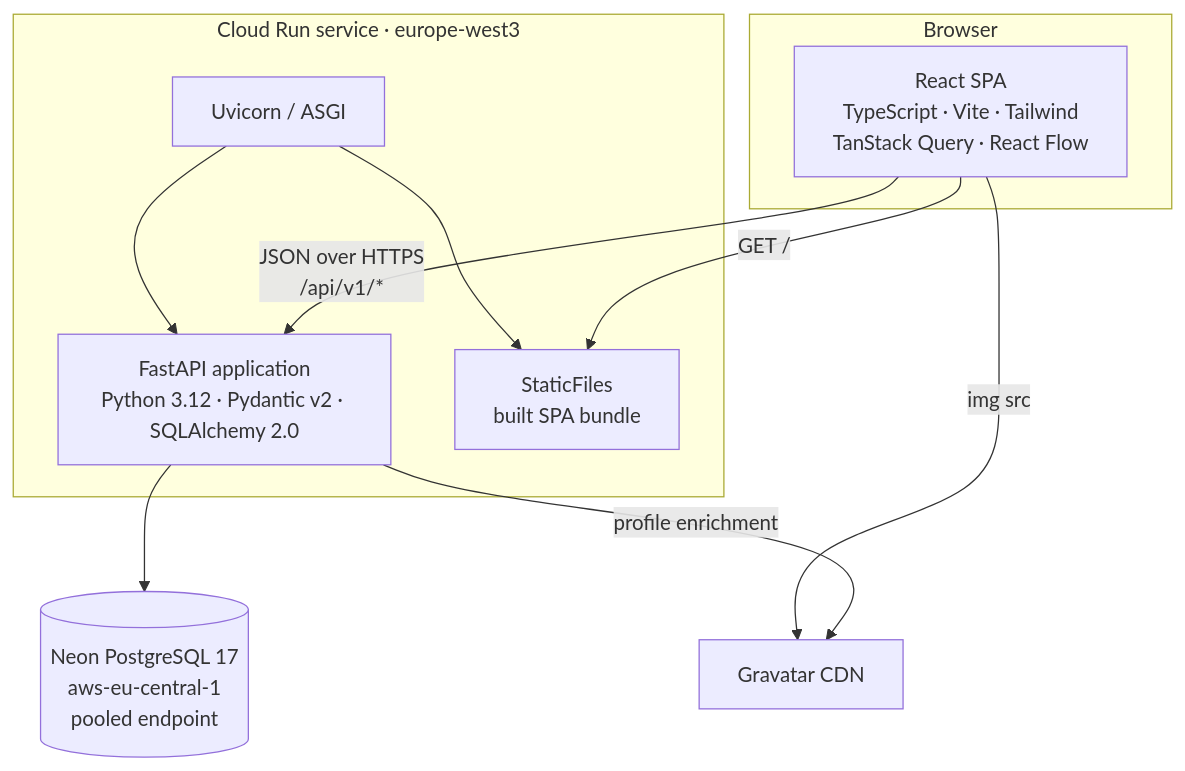
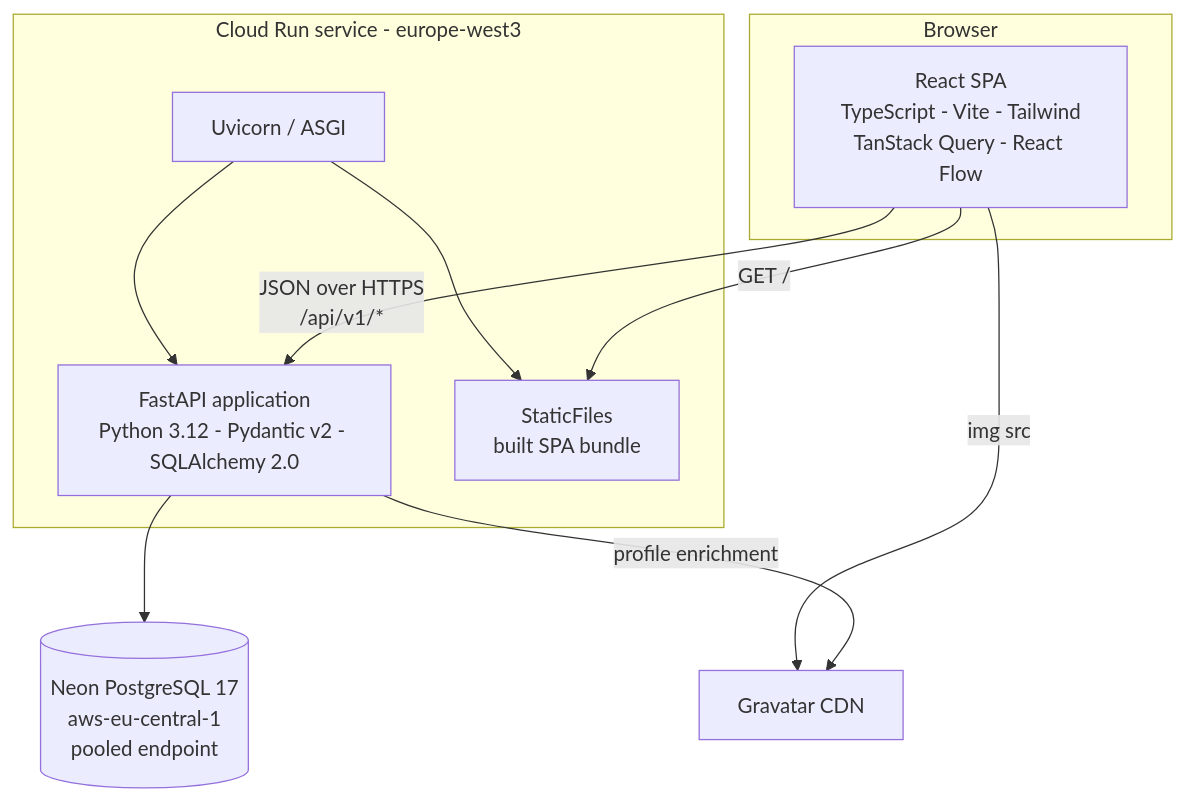
One commit to MichaelKoch23/Epi-Use-Technical-Assessment changed the second of 4 diagrams in docs/TECHNICAL-DESIGN.md. Above: the diagram before and after it, drawn with Mermaid. The commit also changed other lines of this file and 81 other files, not shown here.

````diff
--- a/docs/TECHNICAL-DESIGN.md
+++ b/docs/TECHNICAL-DESIGN.md
@@ -128,23 +128,23 @@
 ```mermaid
 graph TD
     subgraph Browser
-        SPA[React SPA<br/>TypeScript · Vite · Tailwind<br/>TanStack Query · React Flow]
+        SPA[React SPA<br/>TypeScript - Vite - Tailwind<br/>TanStack Query - React Flow]
     end
 
-    subgraph CR["Cloud Run service · europe-west3"]
+    subgraph CR["Cloud Run service - europe-west3"]
         UV[Uvicorn / ASGI]
-        API[FastAPI application<br/>Python 3.12 · Pydantic v2 · SQLAlchemy 2.0]
+        API[FastAPI application<br/>Python 3.12 - Pydantic v2 - SQLAlchemy 2.0]
         ST[StaticFiles<br/>built SPA bundle]
         UV --> API
         UV --> ST
     end
 
     DB[(Neon PostgreSQL 17<br/>aws-eu-central-1<br/>pooled endpoint)]
     GRV[Gravatar CDN]
 
     SPA -->|GET /| ST
     SPA -->|JSON over HTTPS<br/>/api/v1/*| API
     SPA -->|img src| GRV
     API --> DB
     API -->|profile enrichment| GRV
 ```
````
